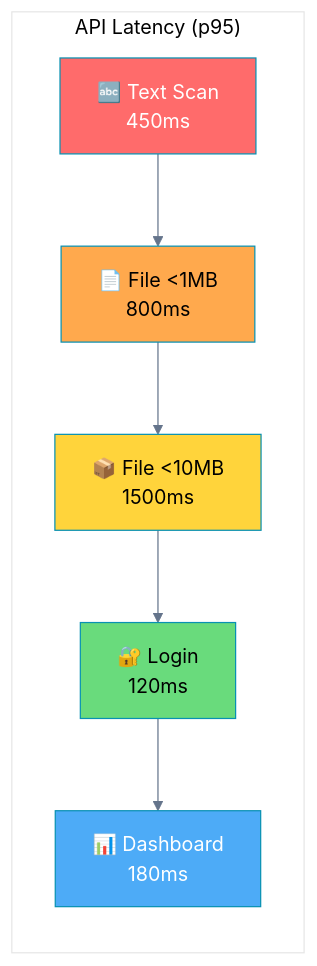
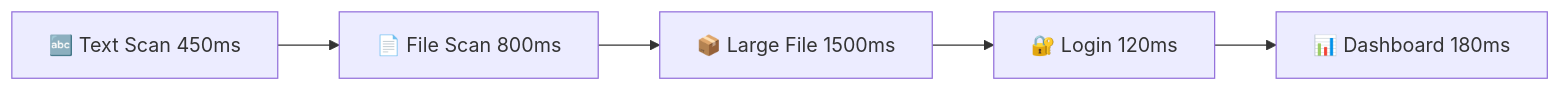
Before and after one commit to Khan-Feroz211/MyCyber-Project: the second of 6 diagrams in README.md, drawn with Mermaid. The commit also changed other lines of this file, not shown here.

Commit message:
docs: fix all mermaid diagrams for GitHub - remove init blocks, style statements, simplify syntax

````diff
--- a/README.md
+++ b/README.md
@@ -133,17 +115,7 @@
 ```mermaid
-%%{init: {'theme': 'base', 'themeVariables': { 'primaryColor': '#0891b2', 'primaryTextColor': '#fff', 'primaryBorderColor': '#0891b2', 'lineColor': '#64748b', 'secondaryColor': '#e0e0e0', 'tertiaryColor': '#fff'}}}%%
 graph LR
-    subgraph "API Latency (p95)"
-        direction TB
-        A[🔤 Text Scan<br/>450ms] --> B[📄 File &lt;1MB<br/>800ms]
-        B --> C[📦 File &lt;10MB<br/>1500ms]
-        C --> D[🔐 Login<br/>120ms]
-        D --> E[📊 Dashboard<br/>180ms]
-    end
-    
-    style A fill:#FF6B6B,color:#fff
-    style B fill:#FFA94D,color:#000
-    style C fill:#FFD43B,color:#000
-    style D fill:#69DB7C,color:#000
-    style E fill:#4DABF7,color:#fff
+    A[🔤 Text Scan 450ms] --> B[📄 File Scan 800ms]
+    B --> C[📦 Large File 1500ms]
+    C --> D[🔐 Login 120ms]
+    D --> E[📊 Dashboard 180ms]
 ```
````
